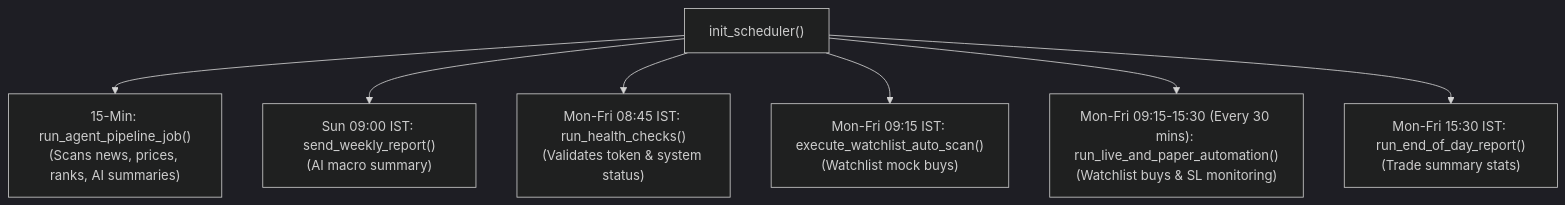
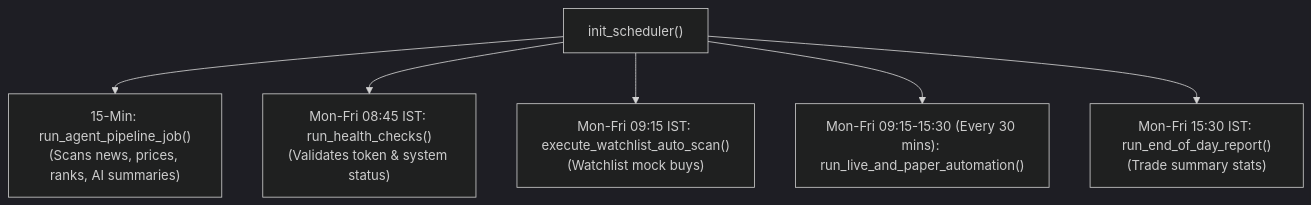
Before and after one commit to Zayannnnn/market-analyser: the fifth of 11 diagrams in README.md, drawn with Mermaid (dark theme). The commit also changed other lines of this file, not shown here.

````diff
--- a/README.md
+++ b/README.md
@@ -123,9 +140,8 @@
 ```mermaid
 graph TD
-    Init["init_scheduler()"] --> Job1["15-Min: run_agent_pipeline_job()\n(Scans news, prices, ranks, AI summaries)"]
-    Init --> Job2["Sun 09:00 IST: send_weekly_report()\n(AI macro summary)"]
-    Init --> Job3["Mon-Fri 08:45 IST: run_health_checks()\n(Validates token & system status)"]
-    Init --> Job4["Mon-Fri 09:15 IST: execute_watchlist_auto_scan()\n(Watchlist mock buys)"]
-    Init --> Job5["Mon-Fri 09:15-15:30 (Every 30 mins): run_live_and_paper_automation()\n(Watchlist buys & SL monitoring)"]
-    Init --> Job6["Mon-Fri 15:30 IST: run_end_of_day_report()\n(Trade summary stats)"]
+    Init["init_scheduler()"] --> PipelineJob["15-Min: run_agent_pipeline_job()\n(Scans news, prices, ranks, AI summaries)"]
+    Init --> MorningCheck["Mon-Fri 08:45 IST: run_health_checks()\n(Validates token & system status)"]
+    Init --> WatchlistScan["Mon-Fri 09:15 IST: execute_watchlist_auto_scan()\n(Watchlist mock buys)"]
+    Init --> LiveTracker["Mon-Fri 09:15-15:30 (Every 30 mins): run_live_and_paper_automation()"]
+    Init --> EODClose["Mon-Fri 15:30 IST: run_end_of_day_report()\n(Trade summary stats)"]
 ```
````
